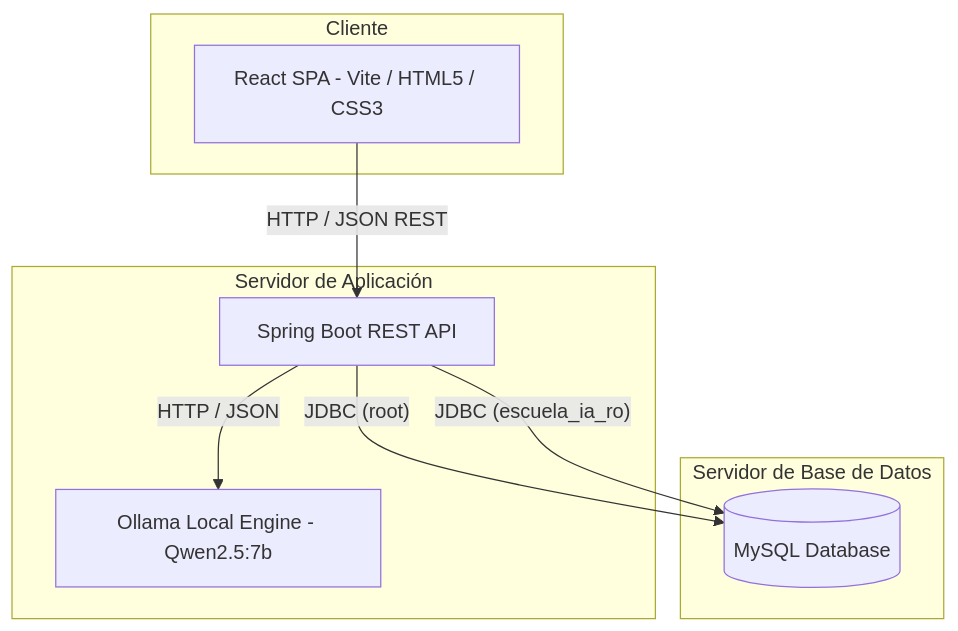
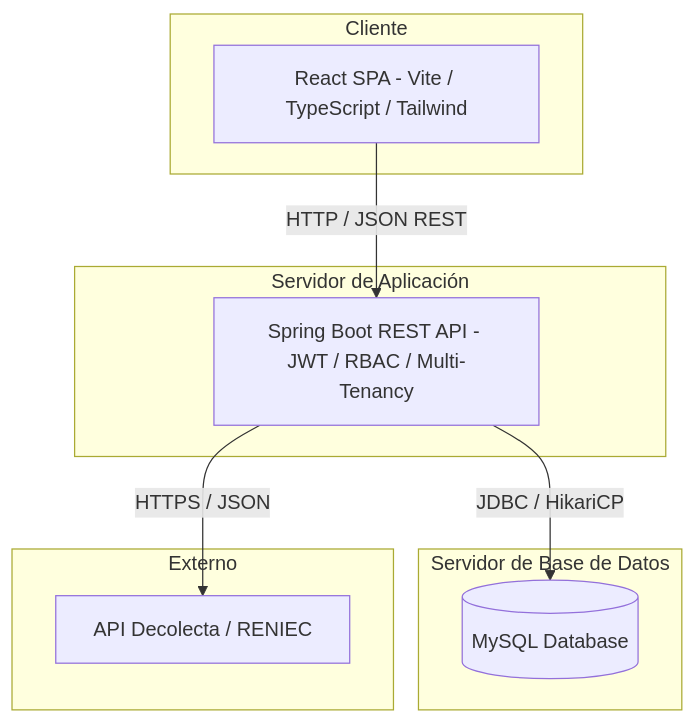
Before and after one commit to Xoryex/Proyecto_Escuela: the ninth of 17 diagrams in Mis_documentos/Informe_ING_Software.md, drawn with Mermaid. The commit also changed other lines of this file and 9 other files, not shown here.

````diff
--- a/Mis_documentos/Informe_ING_Software.md
+++ b/Mis_documentos/Informe_ING_Software.md
@@ -1099,20 +1091,22 @@
 ```mermaid
 graph TB
     subgraph Cliente
-        spa[React SPA - Vite / HTML5 / CSS3]
+        spa[React SPA - Vite / TypeScript / Tailwind]
     end
 
     subgraph Servidor de Aplicación
-        api[Spring Boot REST API]
-        ollama[Ollama Local Engine - Qwen2.5:7b]
+        api[Spring Boot REST API - JWT / RBAC / Multi-Tenancy]
     end
 
     subgraph Servidor de Base de Datos
         db[(MySQL Database)]
     end
 
+    subgraph Externo
+        reniec[API Decolecta / RENIEC]
+    end
+
     spa -- HTTP / JSON REST --> api
-    api -- JDBC (root) --> db
-    api -- JDBC (escuela_ia_ro) --> db
-    api -- HTTP / JSON --> ollama
+    api -- JDBC / HikariCP --> db
+    api -- HTTPS / JSON --> reniec
 ```
````
